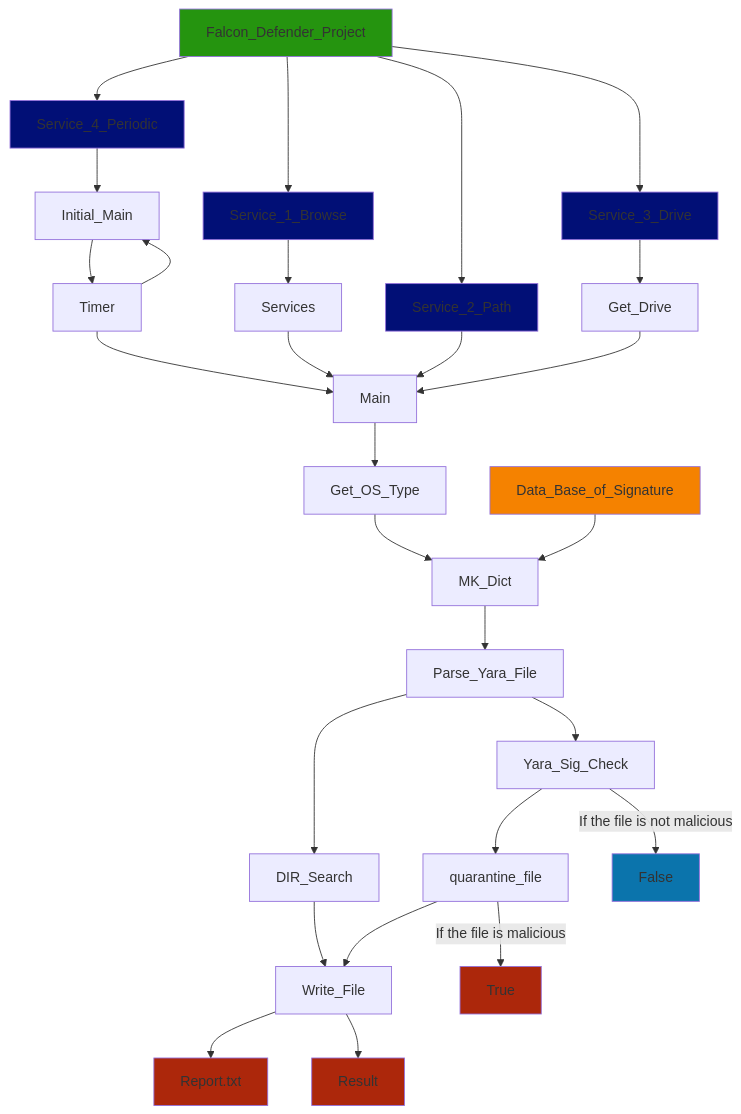
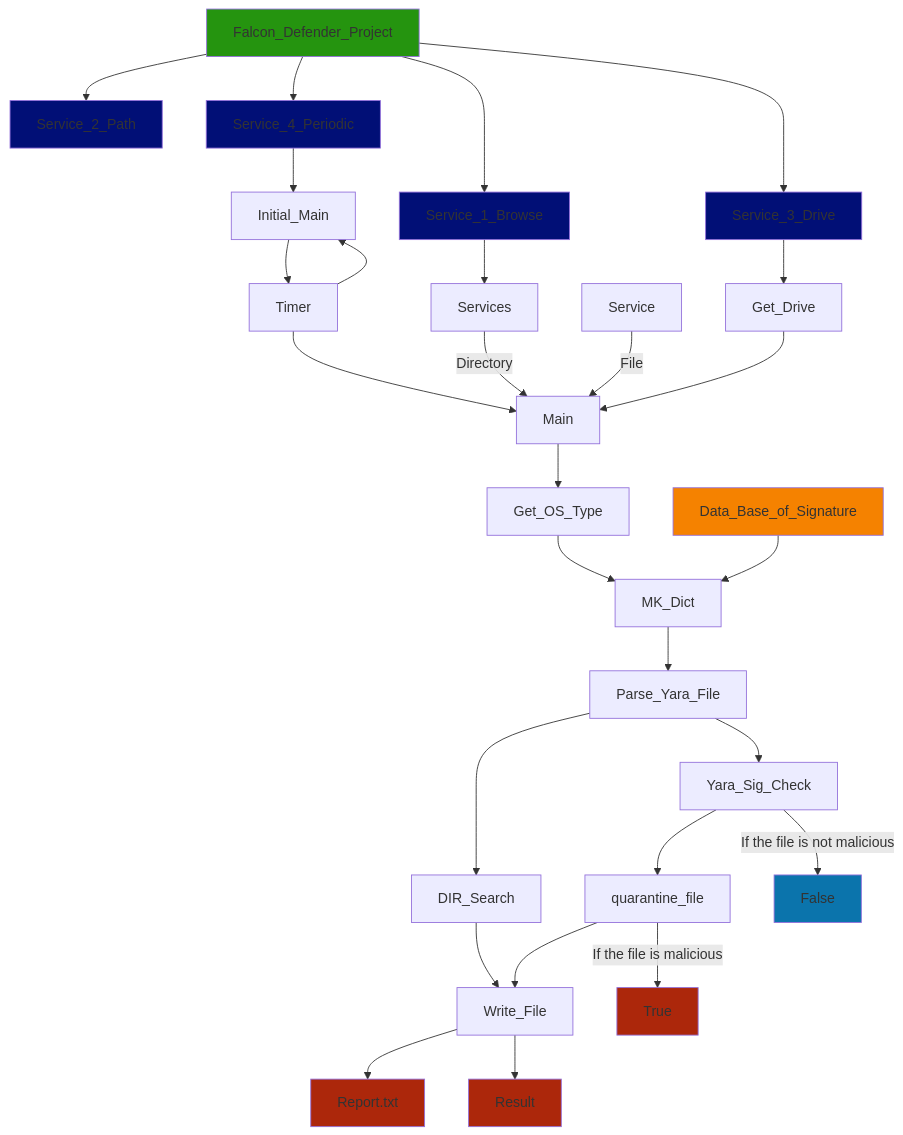
One commit to AyhamAsfoor/Falcon_Defender changed the diagram in README.md. Above: the diagram before and after it, drawn with Mermaid.

````diff
--- a/README.md
+++ b/README.md
@@ -68,40 +68,40 @@
 ```mermaid
 graph TD;
    Falcon_Defender_Project-->Service_1_Browse;
    Service_1_Browse-->Services;
    Falcon_Defender_Project-->Service_2_Path;
    Falcon_Defender_Project-->Service_3_Drive;
    Service_3_Drive-->Get_Drive;
    Falcon_Defender_Project-->Service_4_Periodic;
    Service_4_Periodic-->Initial_Main;
    Initial_Main-->Timer;
    Timer-->Initial_Main;
    Timer-->Main;
-   Services-->Main;
-   Service_2_Path-->Main;
+   Services-->|Directory |Main;
+   Service-->|File| Main;
    Get_Drive-->Main;
    Main-->Get_OS_Type;
    Get_OS_Type-->MK_Dict;
    Data_Base_of_Signature-->MK_Dict;
    MK_Dict-->Parse_Yara_File;
    Parse_Yara_File-->DIR_Search;
    Parse_Yara_File-->Yara_Sig_Check;
    DIR_Search-->Write_File;
    Yara_Sig_Check-->quarantine_file;
    quarantine_file-->Write_File;
    Yara_Sig_Check-->|If the file is not malicious| False;
    quarantine_file-->|If the file is malicious| True;
    Write_File-->Report_txt[Report.txt];
    Write_File-->Result[Result];
 
    style Falcon_Defender_Project fill:#25940f;
    style Service_1_Browse fill:#010f76;
    style Service_2_Path fill:#010f76;
    style Service_3_Drive fill:#010f76;
    style Service_4_Periodic fill:#010f76;
    style Data_Base_of_Signature fill:#f58200;
    style Report_txt fill:#ac270b;
    style Result fill:#ac270b;
    style True fill:#ac270b;
    style False fill:#0b74ac;
 ```
````
